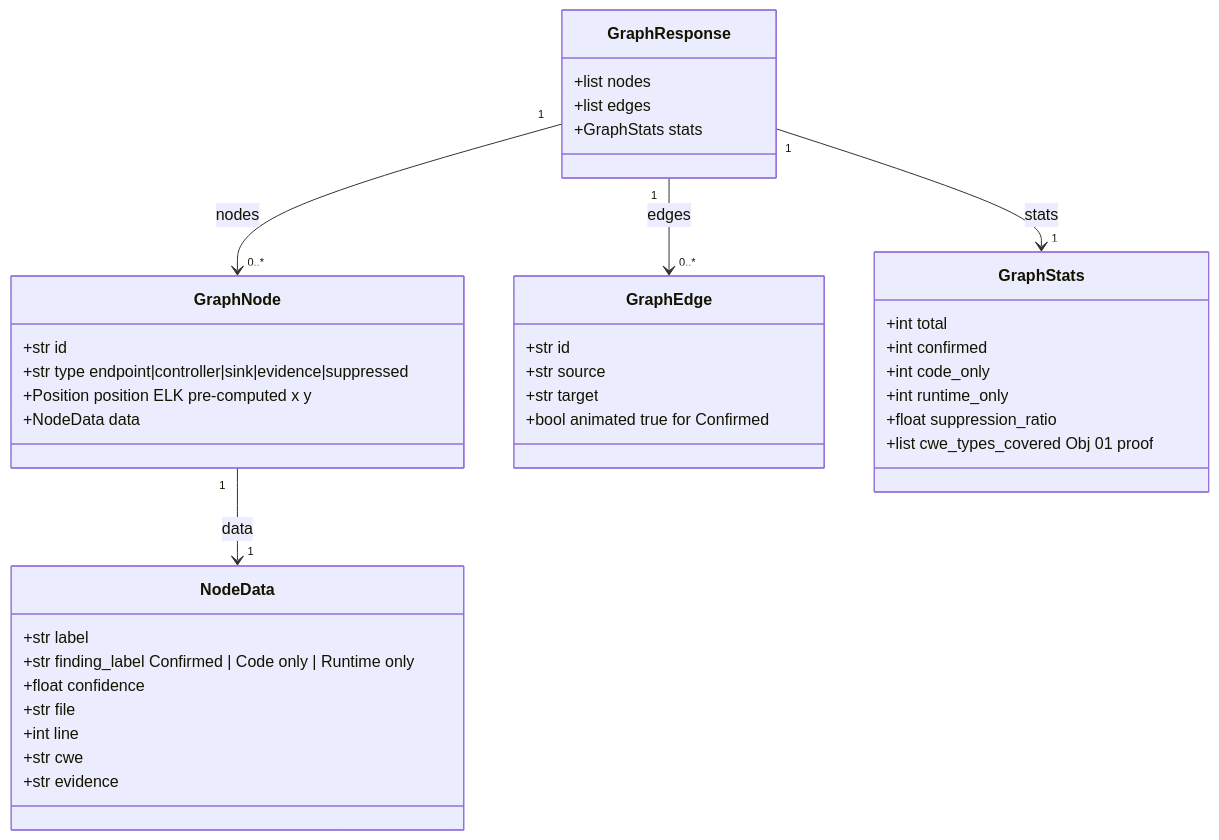
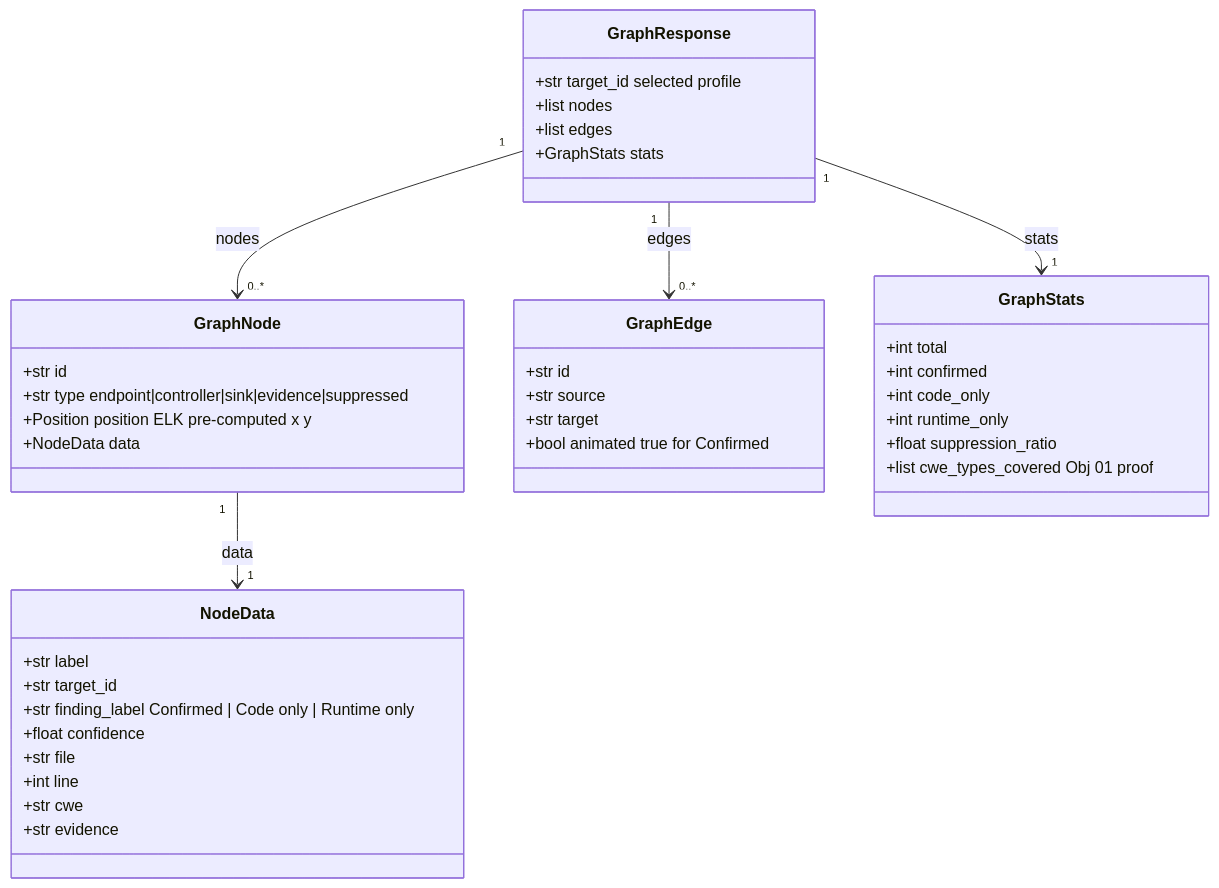
One commit to Halcyora/mitigata changed diagram 20 of 25 in docs/P06-Architecture.md. Above: the diagram before and after it, drawn with Mermaid. The commit also changed other lines of this file and 2 other files, not shown here.

First line of the commit message:
Enhance correlation engine documentation with target_id requirements and clarify merging logic

````diff
--- a/docs/P06-Architecture.md
+++ b/docs/P06-Architecture.md
@@ -682,46 +699,48 @@
 ```mermaid
 classDiagram
     class GraphResponse {
+        +str target_id  selected profile
         +list nodes
         +list edges
         +GraphStats stats
     }
 
     class GraphNode {
         +str id
         +str type  endpoint|controller|sink|evidence|suppressed
         +Position position  ELK pre-computed x y
         +NodeData data
     }
 
     class NodeData {
         +str label
+        +str target_id
         +str finding_label  Confirmed | Code only | Runtime only
         +float confidence
         +str file
         +int line
         +str cwe
         +str evidence
     }
 
     class GraphEdge {
         +str id
         +str source
         +str target
         +bool animated  true for Confirmed
     }
 
     class GraphStats {
         +int total
         +int confirmed
         +int code_only
         +int runtime_only
         +float suppression_ratio
         +list cwe_types_covered  Obj 01 proof
     }
 
     GraphResponse "1" --> "0..*" GraphNode : nodes
     GraphResponse "1" --> "0..*" GraphEdge : edges
     GraphResponse "1" --> "1" GraphStats : stats
     GraphNode "1" --> "1" NodeData : data
 ```
````
